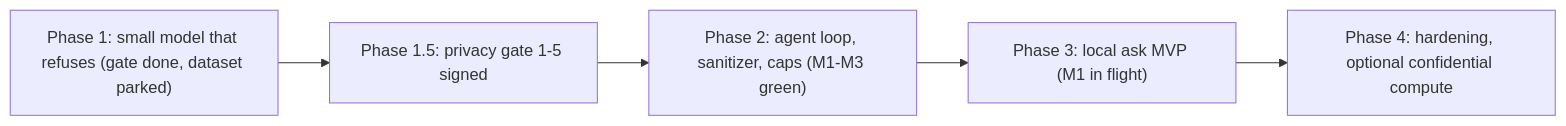
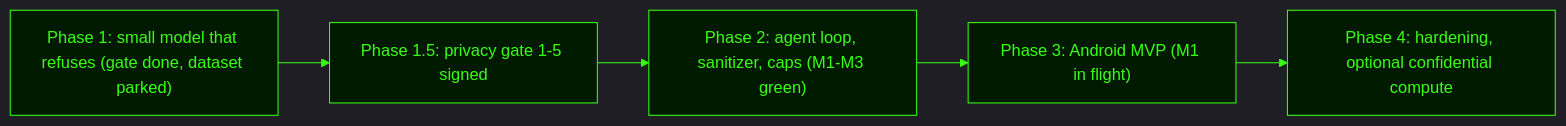
Before and after one commit to 9lordisgod/salomon: the second of 2 diagrams in README.md, drawn with Mermaid. The commit also changed other lines of this file and 2 other files, not shown here.

Commit message:
docs: README mermaid neon green; ROADMAP Phase 3 Android; PS Android skim stamp

````diff
--- a/README.md
+++ b/README.md
@@ -54,7 +58,11 @@
 ```mermaid
+%%{init: {'theme':'dark','themeVariables':{'dark':'#0a0a0a','background':'#0a0a0a','primaryColor':'#003b00','primaryTextColor':'#39ff14','primaryBorderColor':'#39ff14','secondaryColor':'#001a00','secondaryTextColor':'#39ff14','secondaryBorderColor':'#00ff41','tertiaryColor':'#002200','lineColor':'#39ff14','textColor':'#39ff14','mainBkg':'#001a00','nodeBorder':'#39ff14','clusterBkg':'#000000','titleColor':'#39ff14','edgeLabelBackground':'#001a00'}}}%%
 flowchart LR
   P1["Phase 1: small model that refuses (gate done, dataset parked)"] --> G["Phase 1.5: privacy gate 1-5 signed"]
   G --> P2["Phase 2: agent loop, sanitizer, caps (M1-M3 green)"]
-  P2 --> P3["Phase 3: local ask MVP (M1 in flight)"]
+  P2 --> P3["Phase 3: Android MVP (M1 in flight)"]
   P3 --> P4["Phase 4: hardening, optional confidential compute"]
+
+  classDef neon fill:#001a00,stroke:#39ff14,color:#39ff14
+  class P1,G,P2,P3,P4 neon
 ```
````
